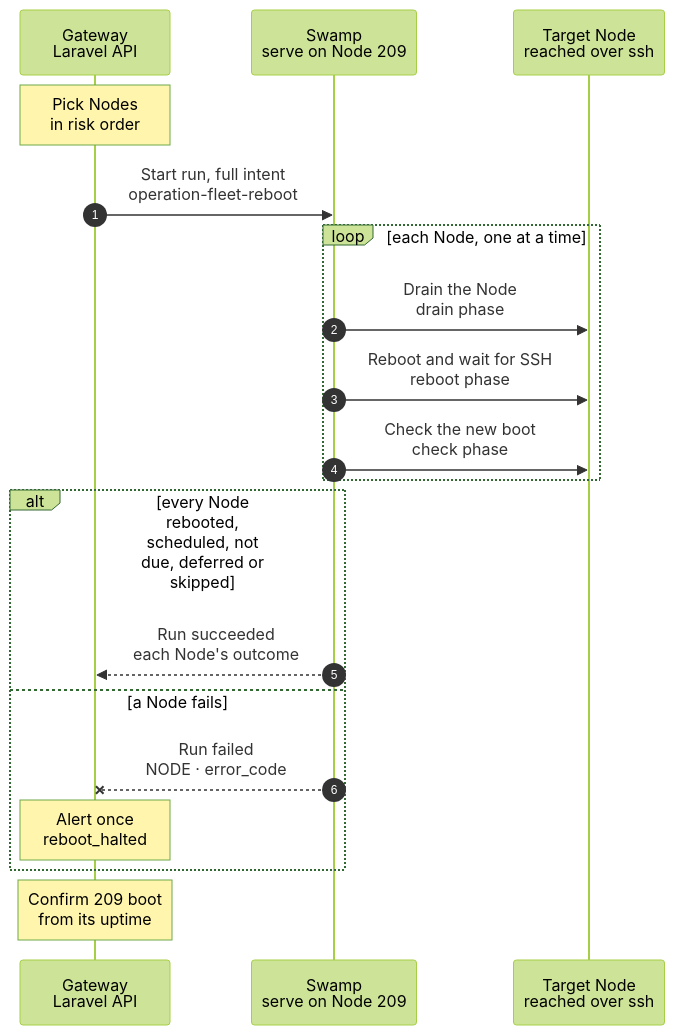
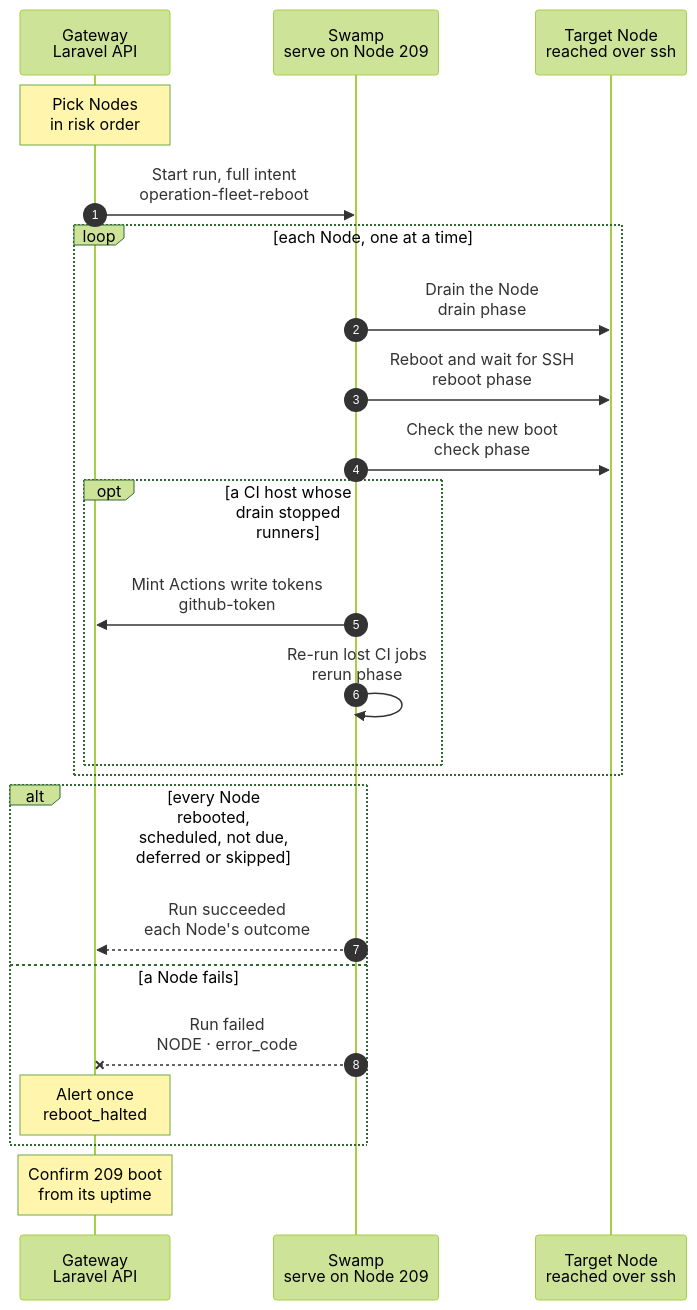
Before and after one commit to hardimpactdev/orbit: the diagram in docs/cli/fleet/reboot.mmd, drawn with Mermaid (forest theme). The commit also changed 19 other files, not shown here.

First line of the commit message:
feat(fleet): re-run the CI jobs a runner lost at the drain freeze

```diff
--- a/docs/cli/fleet/reboot.mmd
+++ b/docs/cli/fleet/reboot.mmd
@@ -1,51 +1,60 @@
 sequenceDiagram
   %% Target design: ADR 0251, drained Node reboots one at a time; docs/reference/gateway-recovery.md#fleet-reboot.
   %% status: draft
   %% kind: fleet.reboot
   autonumber
   %% lane GW icon=gateway pill=intent tone=blue
   %% lane SW icon=workflow pill=executes tone=green
   %% lane N icon=server pill=target tone=amber
   participant GW as Gateway<br/>Laravel API
   participant SW as Swamp<br/>serve on Node 209
   participant N as Target Node<br/>reached over ssh
   Note over GW: Pick Nodes<br/>in risk order
   %%> When:
   %%> - every day at 03:06 Europe/Amsterdam, after the rollout admission; the window is 03:00–06:00
   %%> - when an operator posts to `fleet/reboot`; that pass ignores the window
   %%> - always while `ORBIT_FLEET_REBOOT` is on (the default)
   %%> Picks:
   %%> - every active Linux Node with a WireGuard address and a pinned host key, except task VMs
   %%> - in the rollout's groups, then the control path (`vpn` hub, Gateway, `swamp.orbit` Node), then the `swamp` Node
   %%> - a task host with open task work is reported `deferred` (`tasks_busy`) and left out
   %%> Requirements:
   %%> - no other pass, no fleet rollout and no Gateway release runs; they refuse each other
   GW->>SW: Start run, full intent<br/>operation-fleet-reboot
   %%> While it runs:
   %%> - task calls for its task hosts refuse with `tasks.host_rebooting`; placement and image refresh skip them
   loop each Node, one at a time
     SW->>N: Drain the Node<br/>drain phase
     %%> Why:
     %%> - after a failed Node: `skipped`; outside the window: `deferred`; no `/var/run/reboot-required`: `not_due`
     %%> - CI: stop each idle runner, frozen while read; a job still running after 15 min defers the Node
     %%> - task guests stop and are recorded parked; on the Gateway the scheduler stops and Horizon drains within 15 min
     SW->>N: Reboot and wait for SSH<br/>reboot phase
     %%> Why:
     %%> - the swamp Node instead schedules its own reboot after the run ends: `scheduled`
     SW->>N: Check the new boot<br/>check phase
     %%> Checks:
     %%> - new boot ID, newest kernel, nothing due, no newly failed unit, agent (and on the Gateway its scheduler and Horizon) active
+    opt a CI host whose drain stopped runners
+      SW->>GW: Mint Actions write tokens<br/>github-token
+      %%> Why:
+      %%> - one `actions: write` token per Project repository, from the App's existing permission; no runner administration (ADR 0223)
+      SW->>SW: Re-run lost CI jobs<br/>rerun phase
+      %%> Picks:
+      %%> - failed or cancelled jobs a stopped runner started from a minute before its freeze until the reboot
+      %%> - `rerun-failed-jobs` once, only while the run is still at that attempt; the Node's result lists them
+    end
   end
   alt every Node rebooted, scheduled, not due, deferred or skipped
     SW-->>GW: Run succeeded<br/>each Node's outcome
     %%> Result:
     %%> - the Gateway records parked task VMs; a Node due for more than 3 days raises `reboot_overdue`
   else a Node fails
     SW--xGW: Run failed<br/>NODE · error_code
     %%> Why stop:
     %%> - the pass visits no Node after it; the next pass starts again there
     Note over GW: Alert once<br/>reboot_halted
   end
   Note over GW: Confirm 209 boot<br/>from its uptime
   %%> Retry:
   %%> - 30 minutes after the pass without a new boot: `reboot_unconfirmed`
```
